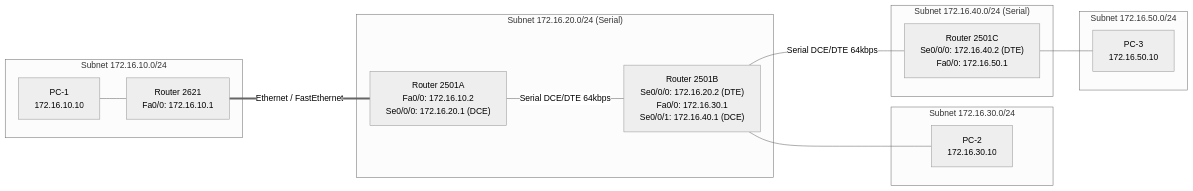
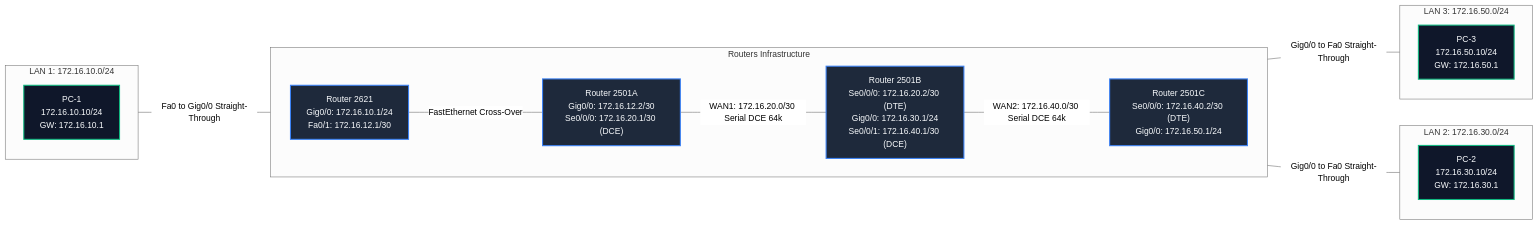
One commit to tott1o/networks_lab_ktu_s5_24scheme changed the diagram in exp12_static_routing/PACKET_TRACER_GUIDE.md. Above: the diagram before and after it, drawn with Mermaid (neutral theme). The commit also changed other lines of this file and 66 other files, not shown here.

````diff
--- a/exp12_static_routing/PACKET_TRACER_GUIDE.md
+++ b/exp12_static_routing/PACKET_TRACER_GUIDE.md
@@ -35,24 +48,41 @@
 ```mermaid
 graph LR
-    subgraph NET1 ["Subnet 172.16.10.0/24"]
-        PC1["PC-1\n172.16.10.10"] --- R2621["Router 2621\nFa0/0: 172.16.10.1"]
+    %% Subnets
+    subgraph NET1 ["LAN 1: 172.16.10.0/24"]
+        direction TB
+        PC1["PC-1<br/>172.16.10.10/24<br/>GW: 172.16.10.1"]
     end
 
-    R2621 ===|Ethernet / FastEthernet| R2501A["Router 2501A\nFa0/0: 172.16.10.2\nSe0/0/0: 172.16.20.1 (DCE)"]
-
-    subgraph WAN1 ["Subnet 172.16.20.0/24 (Serial)"]
-        R2501A ---|Serial DCE/DTE 64kbps| R2501B["Router 2501B\nSe0/0/0: 172.16.20.2 (DTE)\nFa0/0: 172.16.30.1\nSe0/0/1: 172.16.40.1 (DCE)"]
+    subgraph ROUTERS ["Routers Infrastructure"]
+        direction LR
+        R2621["Router 2621<br/>Gig0/0: 172.16.10.1/24<br/>Fa0/1: 172.16.12.1/30"]
+        R2501A["Router 2501A<br/>Gig0/0: 172.16.12.2/30<br/>Se0/0/0: 172.16.20.1/30 (DCE)"]
+        R2501B["Router 2501B<br/>Se0/0/0: 172.16.20.2/30 (DTE)<br/>Gig0/0: 172.16.30.1/24<br/>Se0/0/1: 172.16.40.1/30 (DCE)"]
+        R2501C["Router 2501C<br/>Se0/0/0: 172.16.40.2/30 (DTE)<br/>Gig0/0: 172.16.50.1/24"]
     end
 
-    subgraph NET2 ["Subnet 172.16.30.0/24"]
-        R2501B --- PC2["PC-2\n172.16.30.10"]
+    subgraph NET2 ["LAN 2: 172.16.30.0/24"]
+        direction TB
+        PC2["PC-2<br/>172.16.30.10/24<br/>GW: 172.16.30.1"]
     end
 
-    subgraph WAN2 ["Subnet 172.16.40.0/24 (Serial)"]
-        R2501B ---|Serial DCE/DTE 64kbps| R2501C["Router 2501C\nSe0/0/0: 172.16.40.2 (DTE)\nFa0/0: 172.16.50.1"]
+    subgraph NET3 ["LAN 3: 172.16.50.0/24"]
+        direction TB
+        PC3["PC-3<br/>172.16.50.10/24<br/>GW: 172.16.50.1"]
     end
 
-    subgraph NET3 ["Subnet 172.16.50.0/24"]
-        R2501C --- PC3["PC-3\n172.16.50.10"]
-    end
+    %% Connections
+    PC1 ---|Fa0 to Gig0/0 Straight-Through| R2621
+    R2621 ---|FastEthernet Cross-Over| R2501A
+    R2501A ---|WAN1: 172.16.20.0/30 Serial DCE 64k| R2501B
+    R2501B ---|Gig0/0 to Fa0 Straight-Through| PC2
+    R2501B ---|WAN2: 172.16.40.0/30 Serial DCE 64k| R2501C
+    R2501C ---|Gig0/0 to Fa0 Straight-Through| PC3
+
+    %% Node Styling
+    classDef device fill:#1e293b,stroke:#3b82f6,stroke-width:2px,color:#f8fafc;
+    classDef host fill:#0f172a,stroke:#10b981,stroke-width:2px,color:#f8fafc;
+
+    class R2621,R2501A,R2501B,R2501C device;
+    class PC1,PC2,PC3 host;
 ```
````
